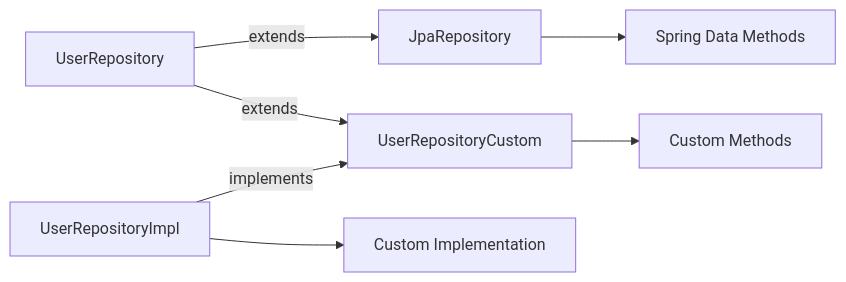
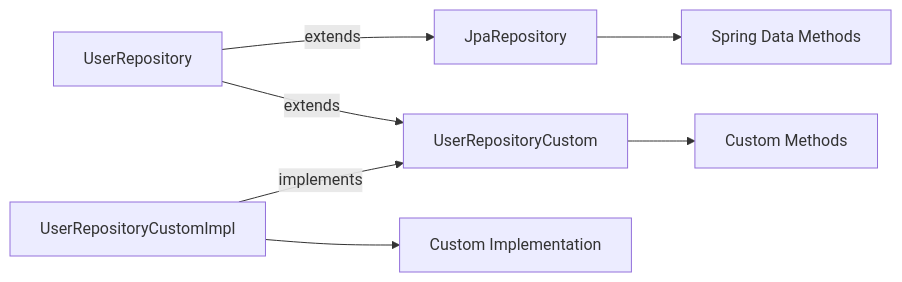
Before and after one commit to OneUptime/blog: the second of 3 diagrams in posts/2026-01-30-how-to-create-custom-spring-data-repository-methods/README.md, drawn with Mermaid. The commit also changed other lines of this file and 2 other files, not shown here.

Commit message:
validate: 2026-01-30-how-to-create-custom-spring-data-repository-methods

````diff
--- a/posts/2026-01-30-how-to-create-custom-spring-data-repository-methods/README.md
+++ b/posts/2026-01-30-how-to-create-custom-spring-data-repository-methods/README.md
@@ -385,10 +386,10 @@
 ```mermaid
 flowchart LR
     A[UserRepository] -->|extends| B[JpaRepository]
     A -->|extends| C[UserRepositoryCustom]
-    D[UserRepositoryImpl] -->|implements| C
+    D[UserRepositoryCustomImpl] -->|implements| C
 
     B --> E[Spring Data Methods]
     C --> F[Custom Methods]
     D --> G[Custom Implementation]
 ```
````
